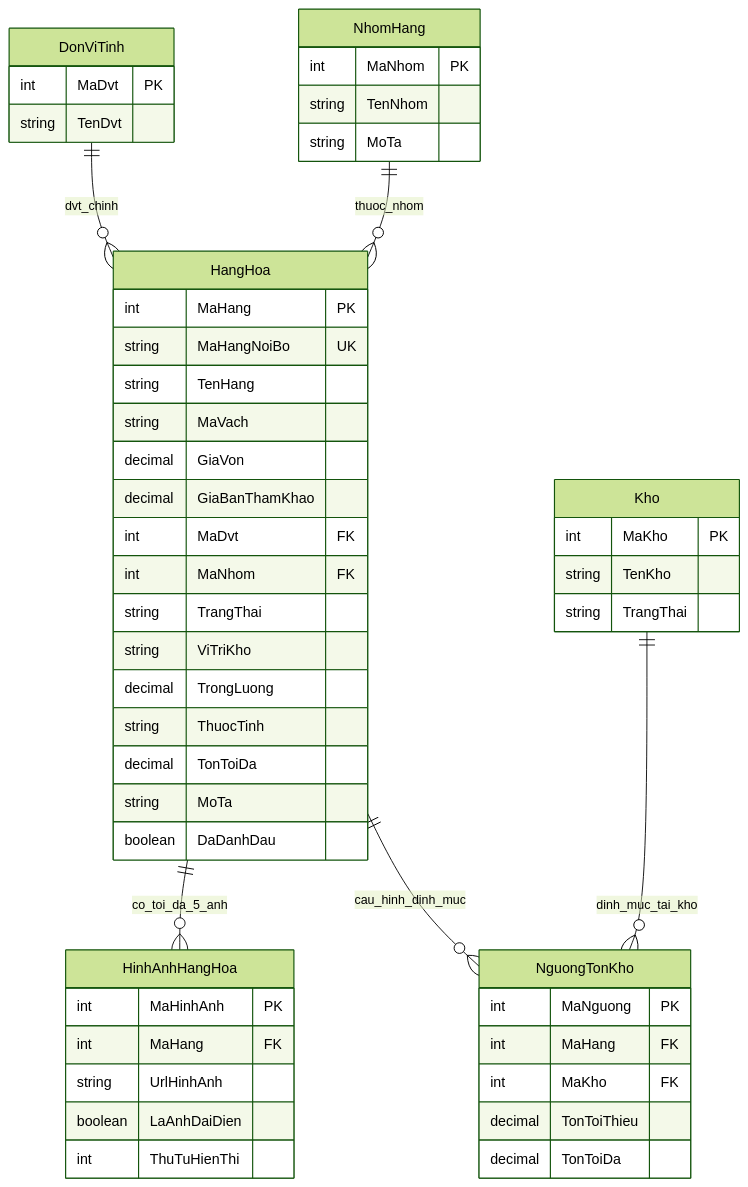
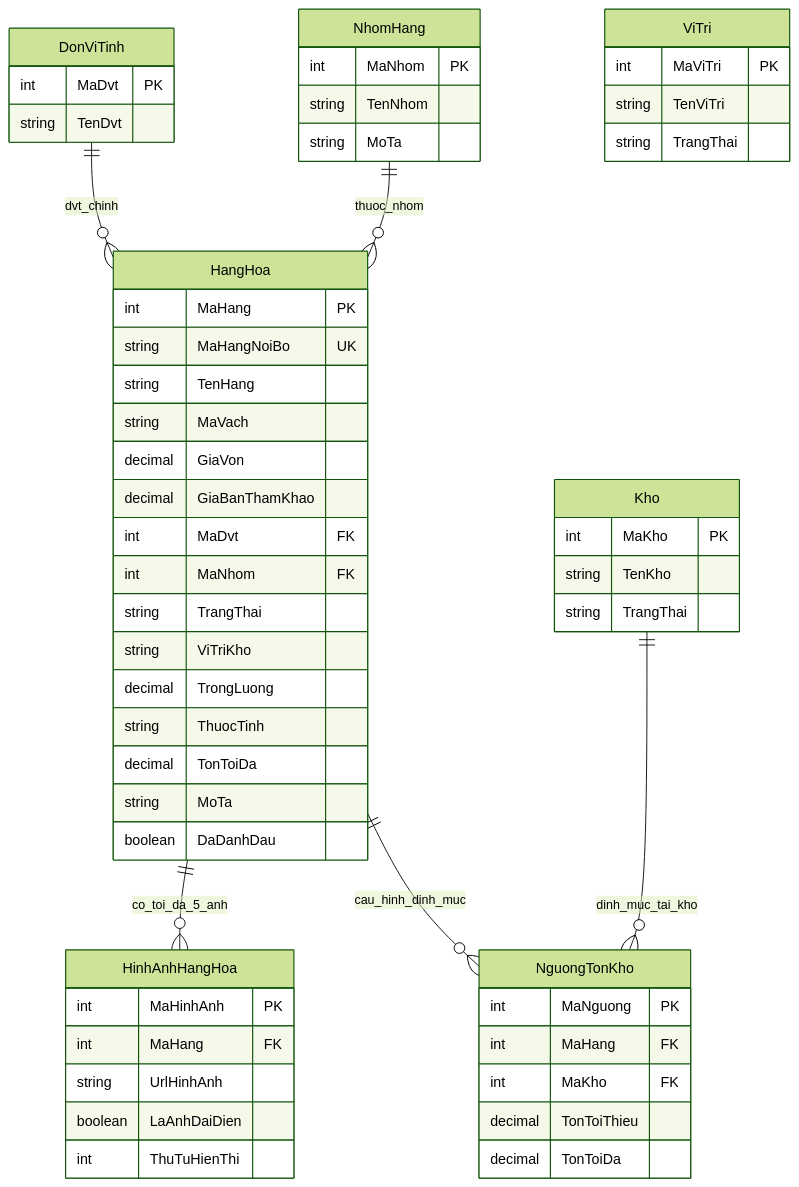
The third of 7 diagrams in docs/so-do-er-va-rm-csdl.md (Buituananh3101/BTL-LTTQ-2), drawn with Mermaid (forest theme) before and after one commit. The commit also changed other lines of this file and 2 other files, not shown here.

````diff
--- a/docs/so-do-er-va-rm-csdl.md
+++ b/docs/so-do-er-va-rm-csdl.md
@@ -137,59 +137,65 @@
 ```mermaid
 erDiagram
     DonViTinh {
         int MaDvt PK
         string TenDvt
     }
 
     NhomHang {
         int MaNhom PK
         string TenNhom
         string MoTa
+    }
+
+    ViTri {
+        int MaViTri PK
+        string TenViTri
+        string TrangThai
     }
 
     Kho {
         int MaKho PK
         string TenKho
         string TrangThai
     }
 
     HangHoa {
         int MaHang PK
         string MaHangNoiBo UK
         string TenHang
         string MaVach
         decimal GiaVon
         decimal GiaBanThamKhao
         int MaDvt FK
         int MaNhom FK
         string TrangThai
         string ViTriKho
         decimal TrongLuong
         string ThuocTinh
         decimal TonToiDa
         string MoTa
         boolean DaDanhDau
     }
 
     HinhAnhHangHoa {
         int MaHinhAnh PK
         int MaHang FK
         string UrlHinhAnh
         boolean LaAnhDaiDien
         int ThuTuHienThi
     }
 
     NguongTonKho {
         int MaNguong PK
         int MaHang FK
         int MaKho FK
         decimal TonToiThieu
         decimal TonToiDa
     }
 
     DonViTinh ||--o{ HangHoa : "dvt_chinh"
     NhomHang ||--o{ HangHoa : "thuoc_nhom"
     HangHoa ||--o{ HinhAnhHangHoa : "co_toi_da_5_anh"
     HangHoa ||--o{ NguongTonKho : "cau_hinh_dinh_muc"
     Kho ||--o{ NguongTonKho : "dinh_muc_tai_kho"
 ```
````
